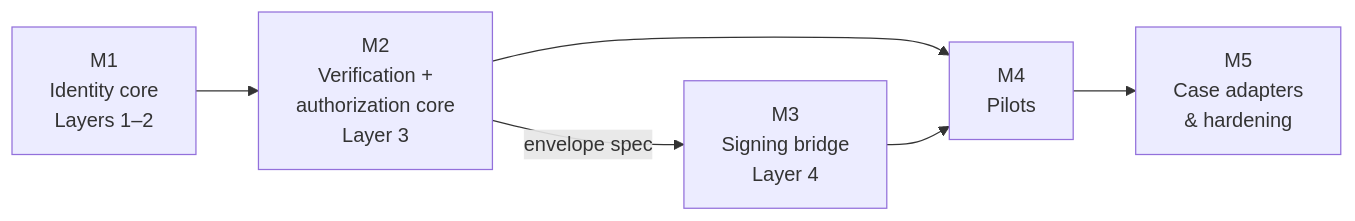
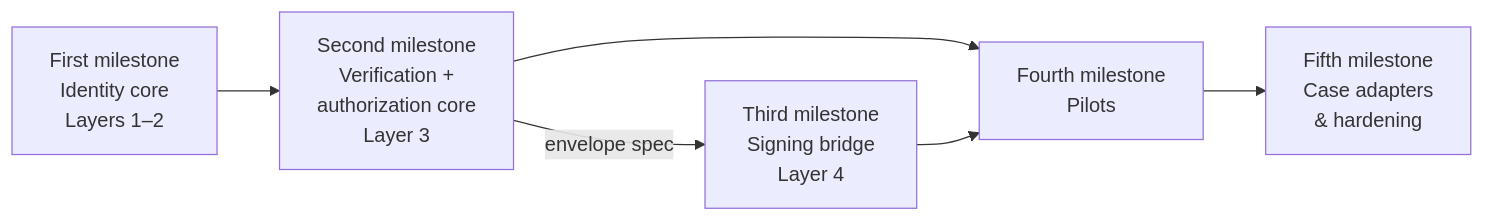
The diagram in docs/roadmap.md (lambdasistemi/cardano-keri), drawn with Mermaid before and after one commit. The commit also changed other lines of this file and 26 other files, not shown here.

````diff
--- a/docs/roadmap.md
+++ b/docs/roadmap.md
@@ -231,8 +243,8 @@
 ```mermaid
 flowchart LR
-    M1["M1<br/>Identity core<br/>Layers 1–2"] --> M2["M2<br/>Verification +<br/>authorization core<br/>Layer 3"]
-    M2 -->|"envelope spec"| M3["M3<br/>Signing bridge<br/>Layer 4"]
-    M2 --> M4["M4<br/>Pilots"]
+    M1["First milestone<br/>Identity core<br/>Layers 1–2"] --> M2["Second milestone<br/>Verification +<br/>authorization core<br/>Layer 3"]
+    M2 -->|"envelope spec"| M3["Third milestone<br/>Signing bridge<br/>Layer 4"]
+    M2 --> M4["Fourth milestone<br/>Pilots"]
     M3 --> M4
-    M4 --> M5["M5<br/>Case adapters<br/>& hardening"]
+    M4 --> M5["Fifth milestone<br/>Case adapters<br/>& hardening"]
 ```
````
